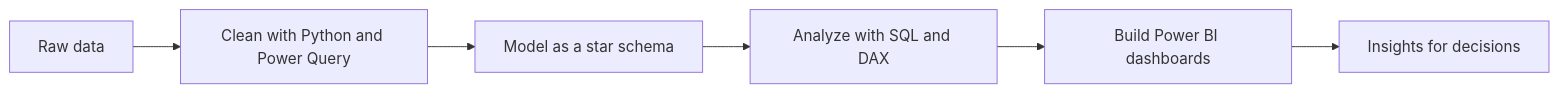
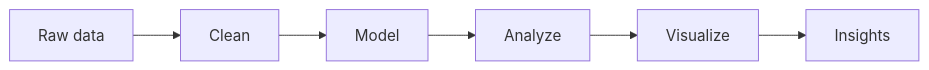
Before and after one commit to Mostafa-Bilall/Mostafa-Bilall: the diagram in README.md, drawn with Mermaid. The commit also changed other lines of this file, not shown here.

````diff
--- a/README.md
+++ b/README.md
@@ -41,8 +29,4 @@
 ```mermaid
 flowchart LR
-    A[Raw data] --> B[Clean with Python and Power Query]
-    B --> C[Model as a star schema]
-    C --> D[Analyze with SQL and DAX]
-    D --> E[Build Power BI dashboards]
-    E --> F[Insights for decisions]
+    A[Raw data] --> B[Clean] --> C[Model] --> D[Analyze] --> E[Visualize] --> F[Insights]
 ```
````
